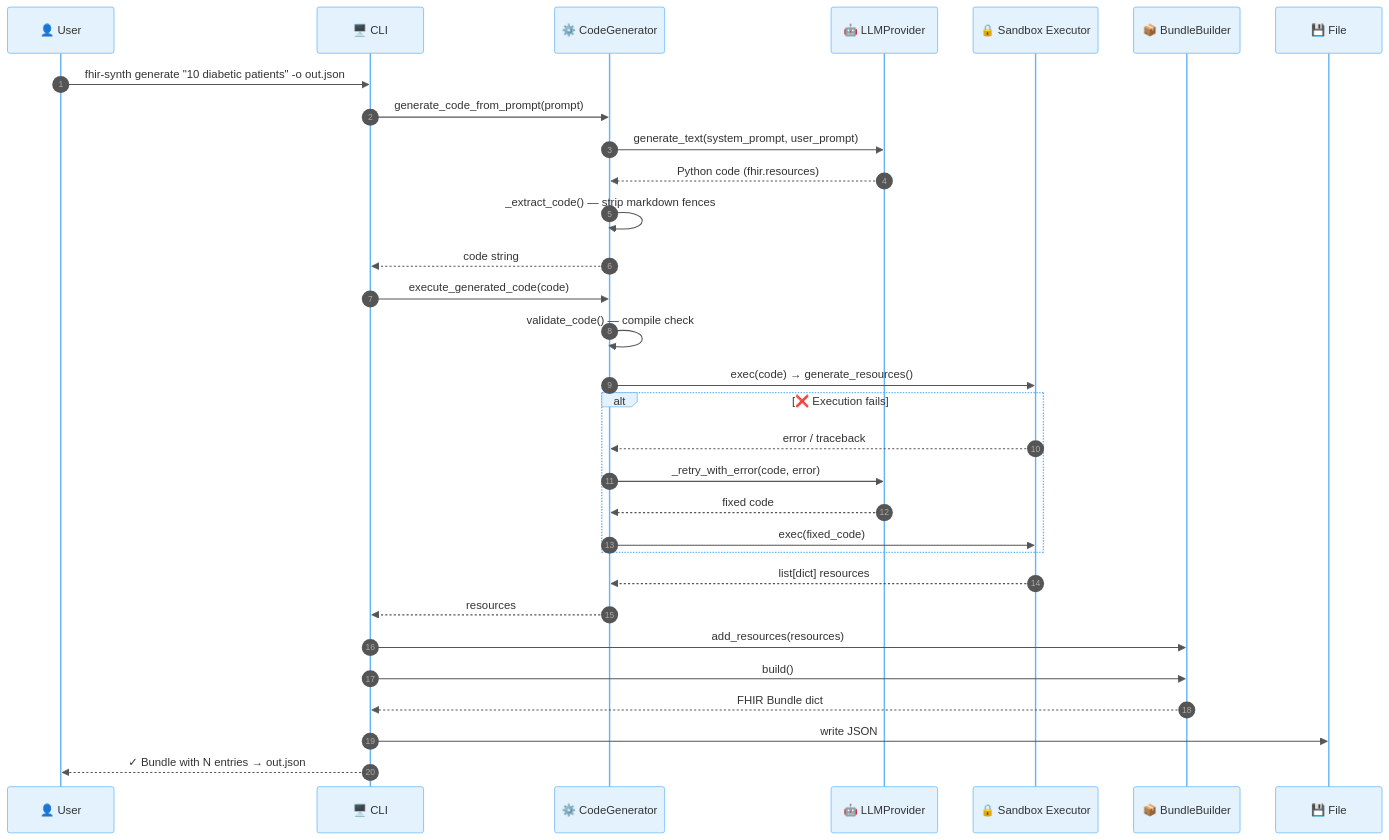
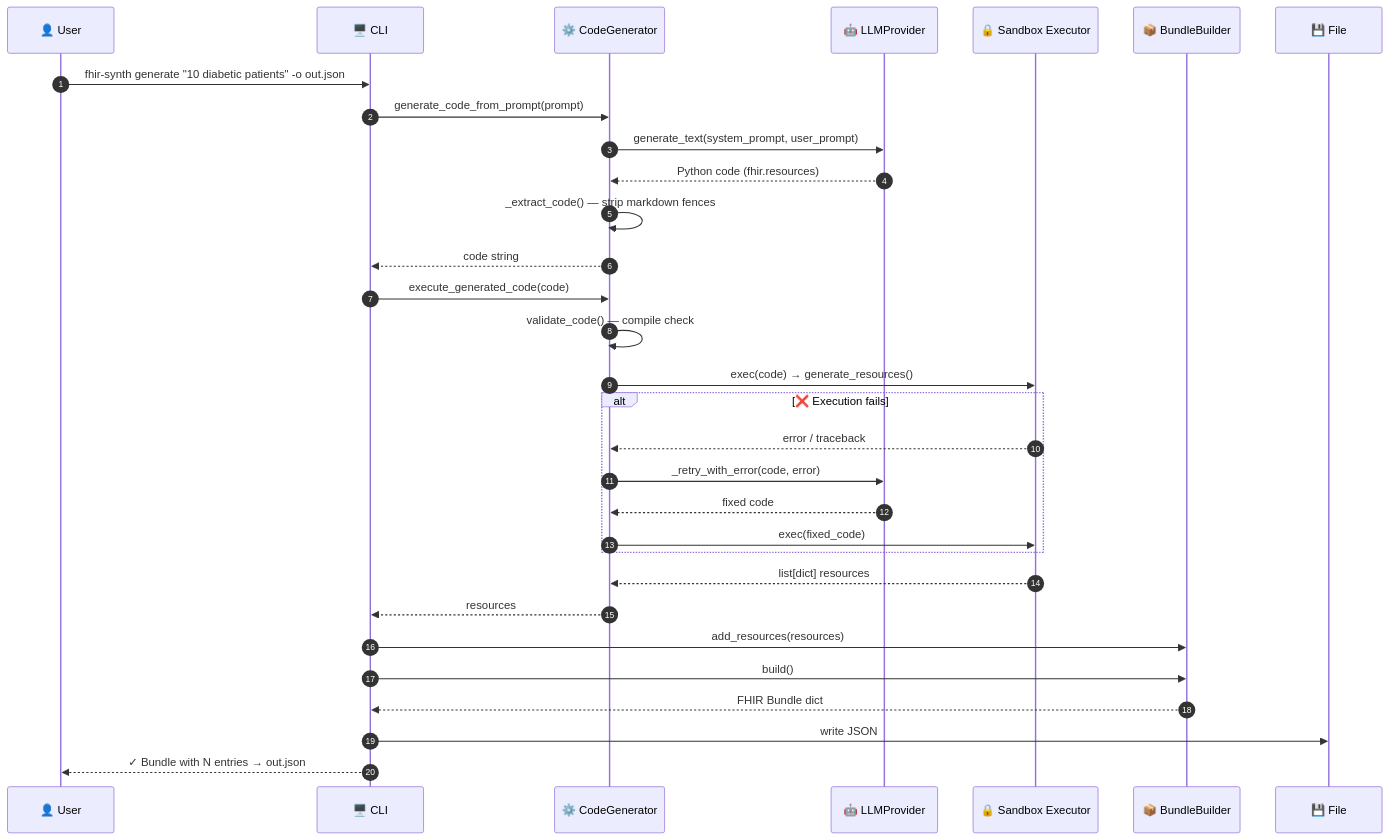
The second of 3 diagrams in docs/architecture.md (alvinhenrick/fhir-synth), drawn with Mermaid before and after one commit. The commit also changed other lines of this file and 9 other files, not shown here.

````diff
--- a/docs/architecture.md
+++ b/docs/architecture.md
@@ -69,40 +54,39 @@
 ```mermaid
-%%{init: {'theme': 'base', 'themeVariables': {'primaryColor': '#fff9c4', 'primaryTextColor': '#333', 'lineColor': '#555', 'actorBkg': '#e3f2fd', 'actorBorder': '#64b5f6', 'actorTextColor': '#333', 'activationBkgColor': '#fff9c4', 'activationBorderColor': '#ffb74d', 'signalColor': '#555', 'signalTextColor': '#333', 'noteBkgColor': '#fff9c4', 'noteBorderColor': '#ffb74d', 'altSectionBkgColor': '#ffebee', 'fontFamily': 'Comic Sans MS, cursive, sans-serif'}}}%%
 sequenceDiagram
     autonumber
     participant U as 👤 User
     participant CLI as 🖥️ CLI
     participant CG as ⚙️ CodeGenerator
     participant LLM as 🤖 LLMProvider
     participant EX as 🔒 Sandbox Executor
     participant BB as 📦 BundleBuilder
     participant F as 💾 File
 
     U->>CLI: fhir-synth generate "10 diabetic patients" -o out.json
     CLI->>CG: generate_code_from_prompt(prompt)
     CG->>LLM: generate_text(system_prompt, user_prompt)
     LLM-->>CG: Python code (fhir.resources)
     CG->>CG: _extract_code() — strip markdown fences
     CG-->>CLI: code string
 
     CLI->>CG: execute_generated_code(code)
     CG->>CG: validate_code() — compile check
     CG->>EX: exec(code) → generate_resources()
 
     alt ❌ Execution fails
         EX-->>CG: error / traceback
         CG->>LLM: _retry_with_error(code, error)
         LLM-->>CG: fixed code
         CG->>EX: exec(fixed_code)
     end
 
     EX-->>CG: list[dict] resources
     CG-->>CLI: resources
 
     CLI->>BB: add_resources(resources)
     CLI->>BB: build()
     BB-->>CLI: FHIR Bundle dict
 
     CLI->>F: write JSON
     CLI-->>U: ✓ Bundle with N entries → out.json
 ```
````
